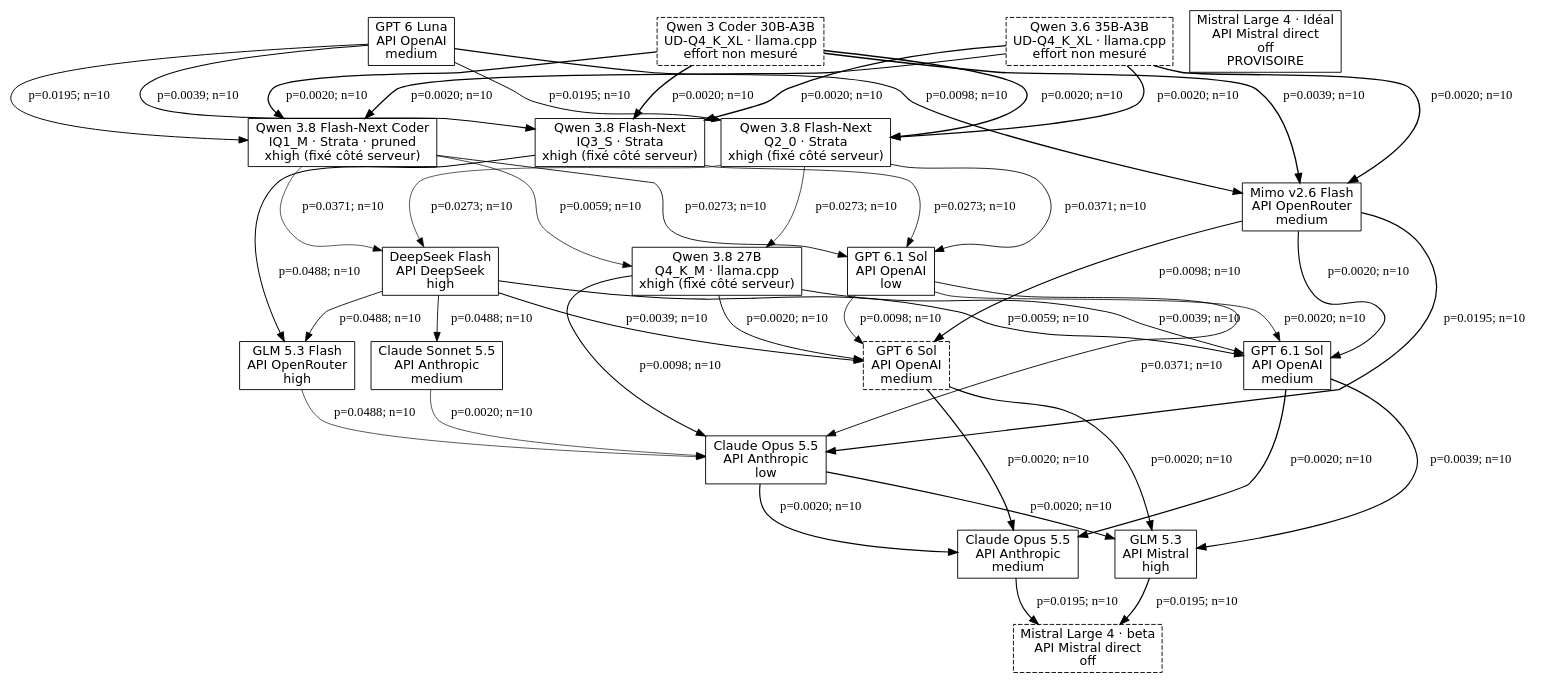
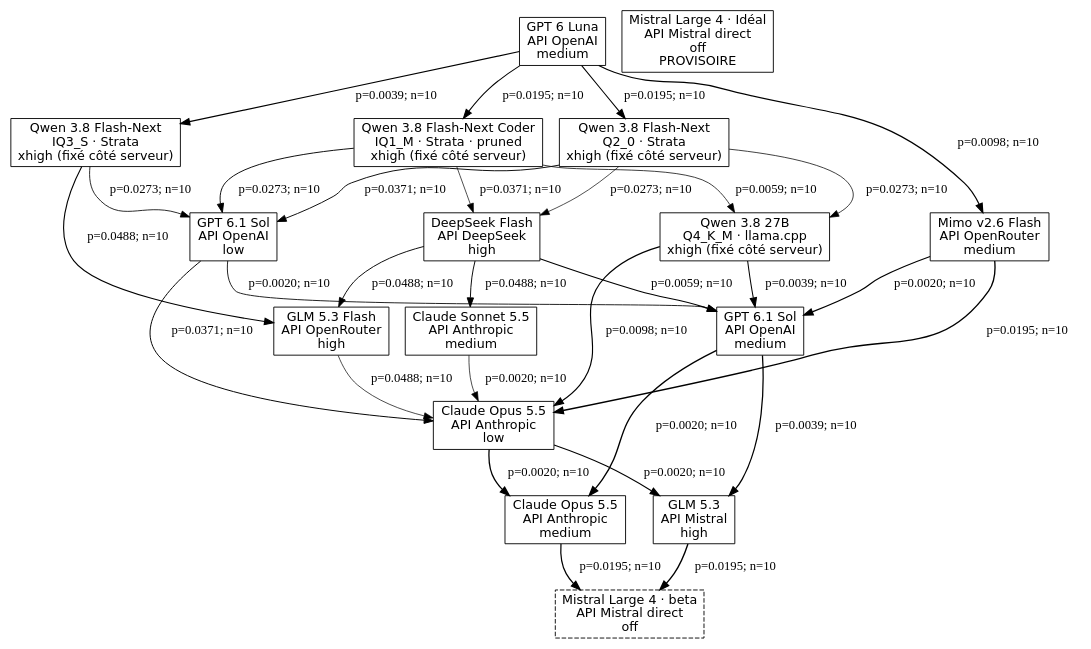
One commit to MinhHaDuong/ImperialDragonHarness changed the diagram in docs/tournament-graphs/cost_usd.dot. Above: the diagram before and after it, drawn with Graphviz. The commit also changed 9 other files, not shown here.

Commit message:
Exclude GPT6 and Qwen3 legacy models from DAGs only

```diff
--- a/docs/tournament-graphs/cost_usd.dot
+++ b/docs/tournament-graphs/cost_usd.dot
@@ -1,66 +1,49 @@
 digraph G {
 rankdir=TB;
 node [shape=box, fontname="DejaVu Sans"];
 a [label="Qwen 3.8 27B\nQ4_K_M · llama.cpp\nxhigh (fixé côté serveur)"];
 b [label="Qwen 3.8 Flash-Next Coder\nIQ1_M · Strata · pruned\nxhigh (fixé côté serveur)"];
 b2 [label="Qwen 3.8 Flash-Next\nIQ3_S · Strata\nxhigh (fixé côté serveur)"];
 b3 [label="Qwen 3.8 Flash-Next\nQ2_0 · Strata\nxhigh (fixé côté serveur)"];
-c [label="Qwen 3.6 35B-A3B\nUD-Q4_K_XL · llama.cpp\neffort non mesuré", style="dashed"];
-c2 [label="Qwen 3 Coder 30B-A3B\nUD-Q4_K_XL · llama.cpp\neffort non mesuré", style="dashed"];
 d [label="Claude Opus 5.5\nAPI Anthropic\nmedium"];
 d2 [label="Claude Opus 5.5\nAPI Anthropic\nlow"];
-e [label="GPT 6 Sol\nAPI OpenAI\nmedium", style="dashed"];
 e2 [label="GPT 6.1 Sol\nAPI OpenAI\nlow"];
 e3 [label="GPT 6.1 Sol\nAPI OpenAI\nmedium"];
 f [label="GLM 5.3\nAPI Mistral\nhigh"];
 g [label="Claude Sonnet 5.5\nAPI Anthropic\nmedium"];
 i [label="DeepSeek Flash\nAPI DeepSeek\nhigh"];
 j [label="GLM 5.3 Flash\nAPI OpenRouter\nhigh"];
 k [label="Mimo v2.6 Flash\nAPI OpenRouter\nmedium"];
 l [label="GPT 6 Luna\nAPI OpenAI\nmedium"];
 mi [label="Mistral Large 4 · Idéal\nAPI Mistral direct\noff\nPROVISOIRE"];
 mr [label="Mistral Large 4 · beta\nAPI Mistral direct\noff", style="dashed"];
-a -> d2 [label="p=0.0098; n=10", penwidth=1.159];
-a -> e [label="p=0.0020; n=10", penwidth=1.058];
-a -> e3 [label="p=0.0039; n=10", penwidth=1.053];
-b -> a [label="p=0.0059; n=10", penwidth=0.775];
-b -> e2 [label="p=0.0273; n=10", penwidth=0.949];
-b -> i [label="p=0.0371; n=10", penwidth=0.713];
-b2 -> e2 [label="p=0.0273; n=10", penwidth=0.843];
-b2 -> j [label="p=0.0488; n=10", penwidth=1.110];
-b3 -> a [label="p=0.0273; n=10", penwidth=0.770];
-b3 -> e2 [label="p=0.0371; n=10", penwidth=0.943];
-b3 -> i [label="p=0.0273; n=10", penwidth=0.707];
-c -> b [label="p=0.0020; n=10", penwidth=1.359];
-c -> b2 [label="p=0.0020; n=10", penwidth=1.465];
-c -> b3 [label="p=0.0020; n=10", penwidth=1.365];
-c -> k [label="p=0.0020; n=10", penwidth=1.500];
-c2 -> b [label="p=0.0020; n=10", penwidth=1.433];
-c2 -> b2 [label="p=0.0020; n=10", penwidth=1.500];
-c2 -> b3 [label="p=0.0020; n=10", penwidth=1.439];
-c2 -> k [label="p=0.0039; n=10", penwidth=1.500];
-d -> mr [label="p=0.0195; n=10", penwidth=1.219];
-d2 -> d [label="p=0.0020; n=10", penwidth=1.278];
-d2 -> f [label="p=0.0020; n=10", penwidth=1.149];
-e -> d [label="p=0.0020; n=10", penwidth=1.379];
-e -> f [label="p=0.0020; n=10", penwidth=1.250];
-e2 -> d2 [label="p=0.0371; n=10", penwidth=0.986];
-e2 -> e [label="p=0.0098; n=10", penwidth=0.885];
-e2 -> e3 [label="p=0.0020; n=10", penwidth=0.879];
-e3 -> d [label="p=0.0020; n=10", penwidth=1.385];
-e3 -> f [label="p=0.0039; n=10", penwidth=1.256];
-f -> mr [label="p=0.0195; n=10", penwidth=1.348];
-g -> d2 [label="p=0.0020; n=10", penwidth=0.722];
-i -> e [label="p=0.0039; n=10", penwidth=1.121];
-i -> e3 [label="p=0.0059; n=10", penwidth=1.115];
-i -> g [label="p=0.0488; n=10", penwidth=0.949];
-i -> j [label="p=0.0488; n=10", penwidth=0.953];
-j -> d2 [label="p=0.0488; n=10", penwidth=0.719];
-k -> d2 [label="p=0.0195; n=10", penwidth=1.340];
-k -> e [label="p=0.0098; n=10", penwidth=1.239];
-k -> e3 [label="p=0.0020; n=10", penwidth=1.233];
-l -> b [label="p=0.0195; n=10", penwidth=1.074];
-l -> b2 [label="p=0.0039; n=10", penwidth=1.179];
-l -> b3 [label="p=0.0195; n=10", penwidth=1.079];
-l -> k [label="p=0.0098; n=10", penwidth=1.218];
+a -> d2 [label="p=0.0098; n=10", penwidth=1.282];
+a -> e3 [label="p=0.0039; n=10", penwidth=1.157];
+b -> a [label="p=0.0059; n=10", penwidth=0.831];
+b -> e2 [label="p=0.0273; n=10", penwidth=1.035];
+b -> i [label="p=0.0371; n=10", penwidth=0.758];
+b2 -> e2 [label="p=0.0273; n=10", penwidth=0.911];
+b2 -> j [label="p=0.0488; n=10", penwidth=1.224];
+b3 -> a [label="p=0.0273; n=10", penwidth=0.825];
+b3 -> e2 [label="p=0.0371; n=10", penwidth=1.029];
+b3 -> i [label="p=0.0273; n=10", penwidth=0.752];
+d -> mr [label="p=0.0195; n=10", penwidth=1.352];
+d2 -> d [label="p=0.0020; n=10", penwidth=1.422];
+d2 -> f [label="p=0.0020; n=10", penwidth=1.270];
+e2 -> d2 [label="p=0.0371; n=10", penwidth=1.079];
+e2 -> e3 [label="p=0.0020; n=10", penwidth=0.953];
+e3 -> d [label="p=0.0020; n=10", penwidth=1.500];
+e3 -> f [label="p=0.0039; n=10", penwidth=1.396];
+f -> mr [label="p=0.0195; n=10", penwidth=1.500];
+g -> d2 [label="p=0.0020; n=10", penwidth=0.770];
+i -> e3 [label="p=0.0059; n=10", penwidth=1.230];
+i -> g [label="p=0.0488; n=10", penwidth=1.036];
+i -> j [label="p=0.0488; n=10", penwidth=1.040];
+j -> d2 [label="p=0.0488; n=10", penwidth=0.766];
+k -> d2 [label="p=0.0195; n=10", penwidth=1.494];
+k -> e3 [label="p=0.0020; n=10", penwidth=1.369];
+l -> b [label="p=0.0195; n=10", penwidth=1.182];
+l -> b2 [label="p=0.0039; n=10", penwidth=1.306];
+l -> b3 [label="p=0.0195; n=10", penwidth=1.188];
+l -> k [label="p=0.0098; n=10", penwidth=1.351];
 }
```
